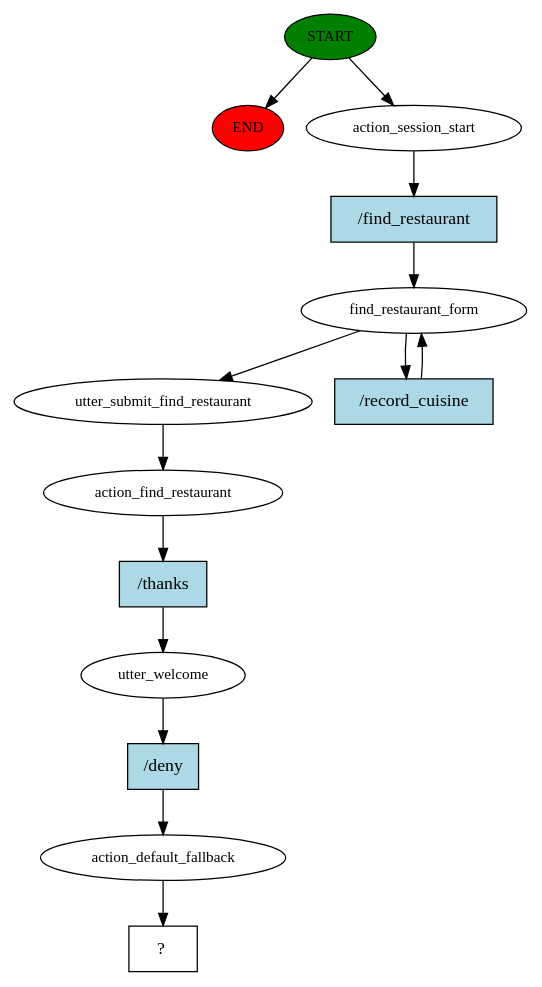
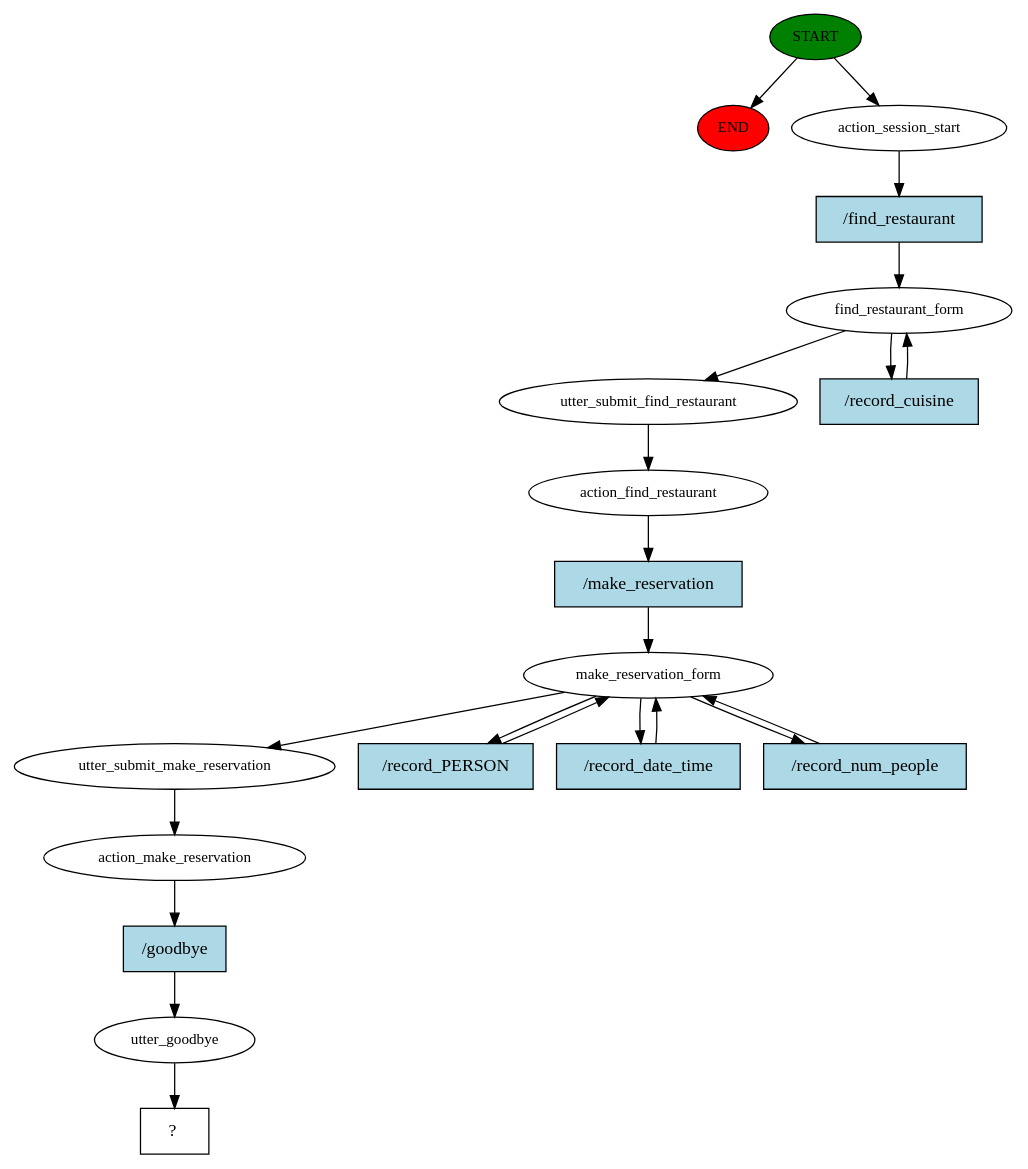
The diagram in rasa_chatbot/story_graph.dot (AsiaSzych/IU_Voice_Assistants), drawn with Graphviz before and after one commit. The commit also changed 7 other files, not shown here.

Commit message:
first version of  make reservation flow in chatbot

```diff
--- a/rasa_chatbot/story_graph.dot
+++ b/rasa_chatbot/story_graph.dot
@@ -1,28 +1,41 @@
 digraph  {
 0 [class="start active", fillcolor=green, fontsize=12, label=START, style=filled];
 "-1" [class=end, fillcolor=red, fontsize=12, label=END, style=filled];
 1 [class=active, fontsize=12, label=action_session_start];
 2 [class=active, fontsize=12, label=find_restaurant_form];
 4 [class=active, fontsize=12, label=utter_submit_find_restaurant];
 5 [class=active, fontsize=12, label=action_find_restaurant];
-6 [class=active, fontsize=12, label=utter_welcome];
-7 [class=active, fontsize=12, label=action_default_fallback];
-8 [class="intent dashed active", label="  ?  ", shape=rect];
-9 [class="intent active", fillcolor=lightblue, label="/find_restaurant", shape=rect, style=filled];
-10 [class="intent active", fillcolor=lightblue, label="/record_cuisine", shape=rect, style=filled];
-11 [class="intent active", fillcolor=lightblue, label="/thanks", shape=rect, style=filled];
-12 [class="intent active", fillcolor=lightblue, label="/deny", shape=rect, style=filled];
+6 [class=active, fontsize=12, label=make_reservation_form];
+10 [class=active, fontsize=12, label=utter_submit_make_reservation];
+11 [class=active, fontsize=12, label=action_make_reservation];
+12 [class=active, fontsize=12, label=utter_goodbye];
+13 [class="intent dashed active", label="  ?  ", shape=rect];
+14 [class="intent active", fillcolor=lightblue, label="/find_restaurant", shape=rect, style=filled];
+15 [class="intent active", fillcolor=lightblue, label="/record_cuisine", shape=rect, style=filled];
+16 [class="intent active", fillcolor=lightblue, label="/make_reservation", shape=rect, style=filled];
+17 [class="intent active", fillcolor=lightblue, label="/record_PERSON", shape=rect, style=filled];
+18 [class="intent active", fillcolor=lightblue, label="/record_date_time", shape=rect, style=filled];
+19 [class="intent active", fillcolor=lightblue, label="/record_num_people", shape=rect, style=filled];
+20 [class="intent active", fillcolor=lightblue, label="/goodbye", shape=rect, style=filled];
 0 -> "-1"  [class="", key=NONE, label=""];
 0 -> 1  [class=active, key=NONE, label=""];
-1 -> 9  [class=active, key=0];
+1 -> 14  [class=active, key=0];
 2 -> 4  [class=active, key=NONE, label=""];
-2 -> 10  [class=active, key=0];
+2 -> 15  [class=active, key=0];
 4 -> 5  [class=active, key=NONE, label=""];
-5 -> 11  [class=active, key=0];
-6 -> 12  [class=active, key=0];
-7 -> 8  [class=active, key=NONE, label=""];
-9 -> 2  [class=active, key=0];
-10 -> 2  [class=active, key=0];
-11 -> 6  [class=active, key=0];
-12 -> 7  [class=active, key=0];
+5 -> 16  [class=active, key=0];
+6 -> 10  [class=active, key=NONE, label=""];
+6 -> 17  [class=active, key=0];
+6 -> 18  [class=active, key=0];
+6 -> 19  [class=active, key=0];
+10 -> 11  [class=active, key=NONE, label=""];
+11 -> 20  [class=active, key=0];
+12 -> 13  [class=active, key=NONE, label=""];
+14 -> 2  [class=active, key=0];
+15 -> 2  [class=active, key=0];
+16 -> 6  [class=active, key=0];
+17 -> 6  [class=active, key=0];
+18 -> 6  [class=active, key=0];
+19 -> 6  [class=active, key=0];
+20 -> 12  [class=active, key=0];
 }
```
